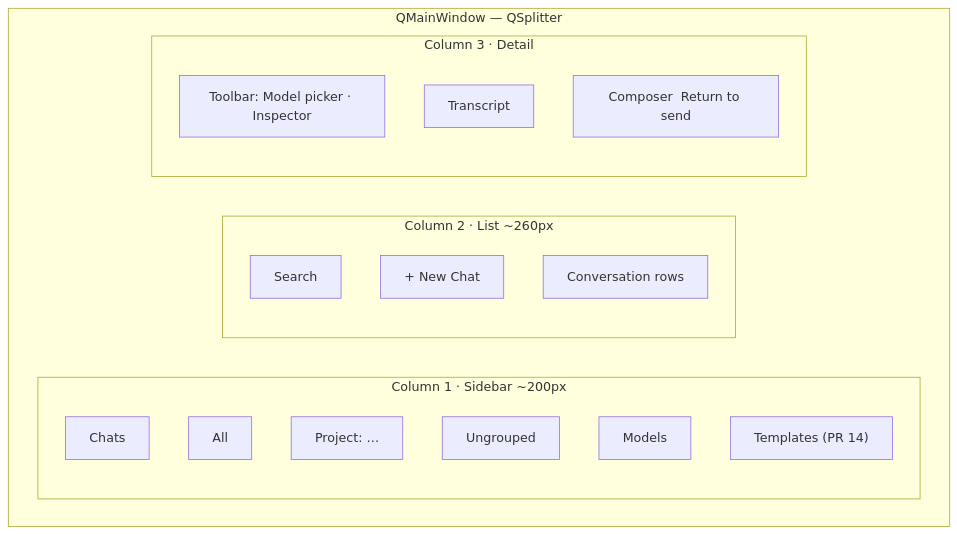
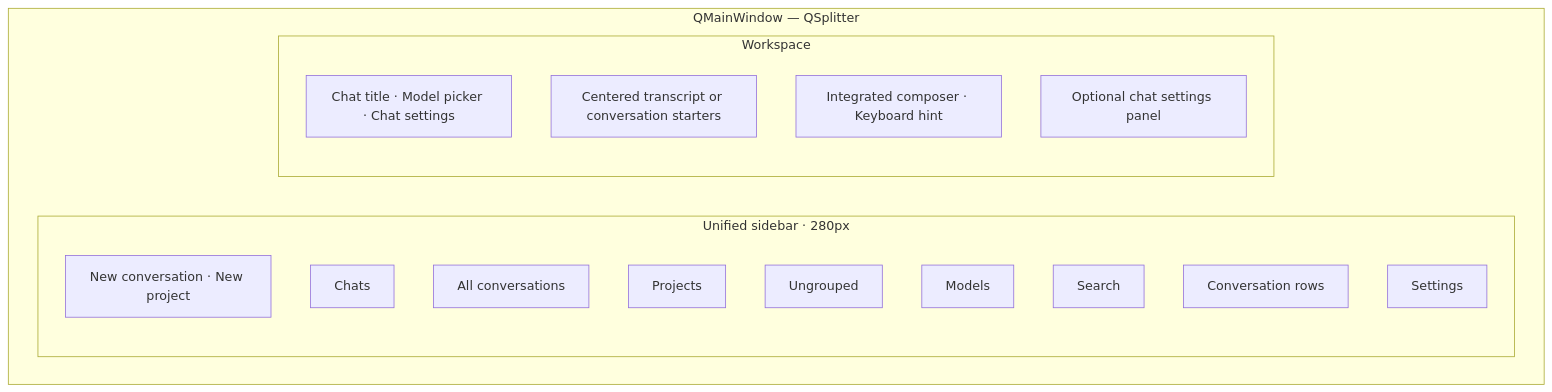
Before and after one commit to FincoDinco/orchevian: the second of 2 diagrams in DESIGN.md, drawn with Mermaid. The commit also changed other lines of this file and 36 other files, not shown here.

````diff
--- a/DESIGN.md
+++ b/DESIGN.md
@@ -661,23 +673,22 @@
 ```mermaid
 flowchart TB
   subgraph window["QMainWindow — QSplitter"]
-    subgraph col1["Column 1 · Sidebar ~200px"]
+    subgraph col1["Unified sidebar · 280px"]
+      N1["New conversation · New project"]
       S1["Chats"]
-      S2["  All"]
-      S3["  Project: …"]
+      S2["  All conversations"]
+      S3["  Projects"]
       S4["  Ungrouped"]
       S5["Models"]
-      S6["Templates  (PR 14)"]
+      L1["Search"]
+      L3["Conversation rows"]
+      S6["Settings"]
     end
-    subgraph col2["Column 2 · List ~260px"]
-      L1["Search"]
-      L2["+ New Chat"]
-      L3["Conversation rows"]
-    end
-    subgraph col3["Column 3 · Detail"]
-      T1["Toolbar: Model picker · Inspector"]
-      T2["Transcript"]
-      T3["Composer  Return to send"]
+    subgraph col3["Workspace"]
+      T1["Chat title · Model picker · Chat settings"]
+      T2["Centered transcript or conversation starters"]
+      T3["Integrated composer · Keyboard hint"]
+      T4["Optional chat settings panel"]
     end
   end
 ```
````
